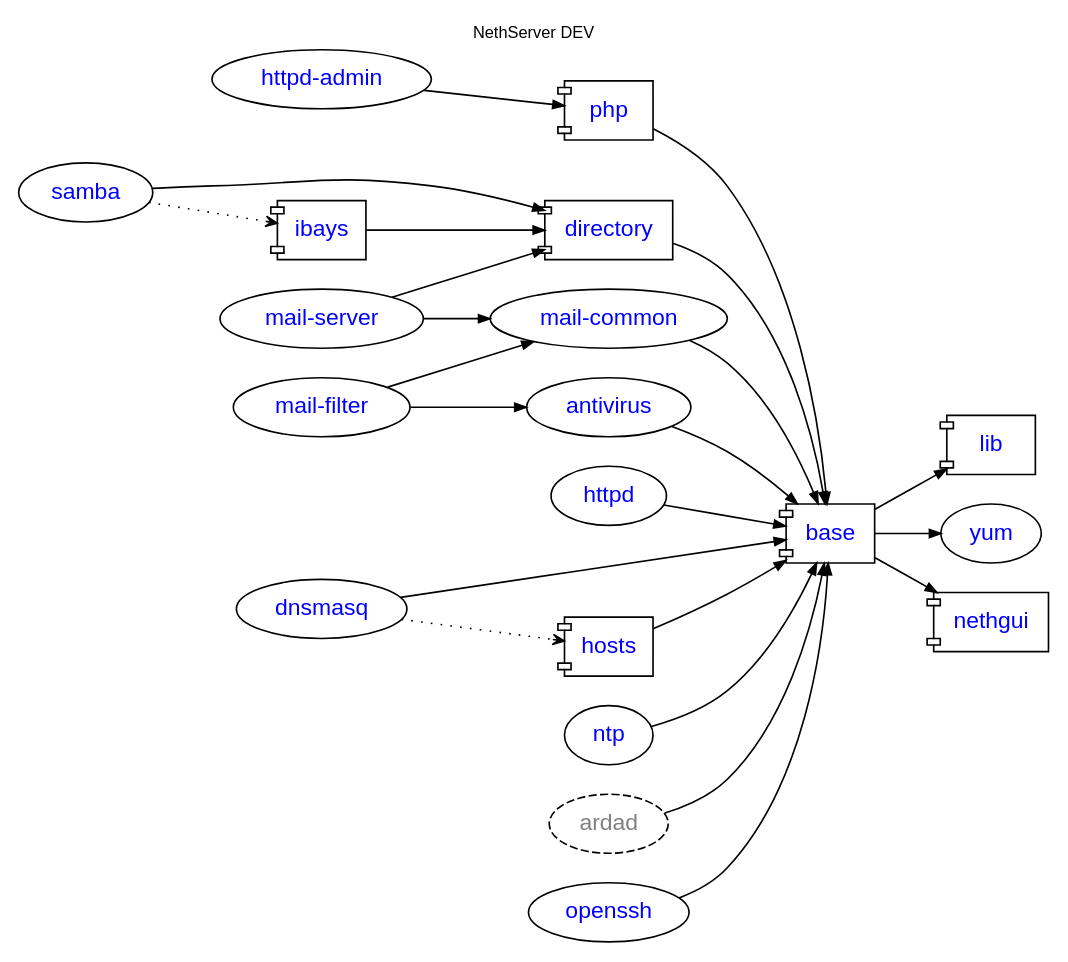
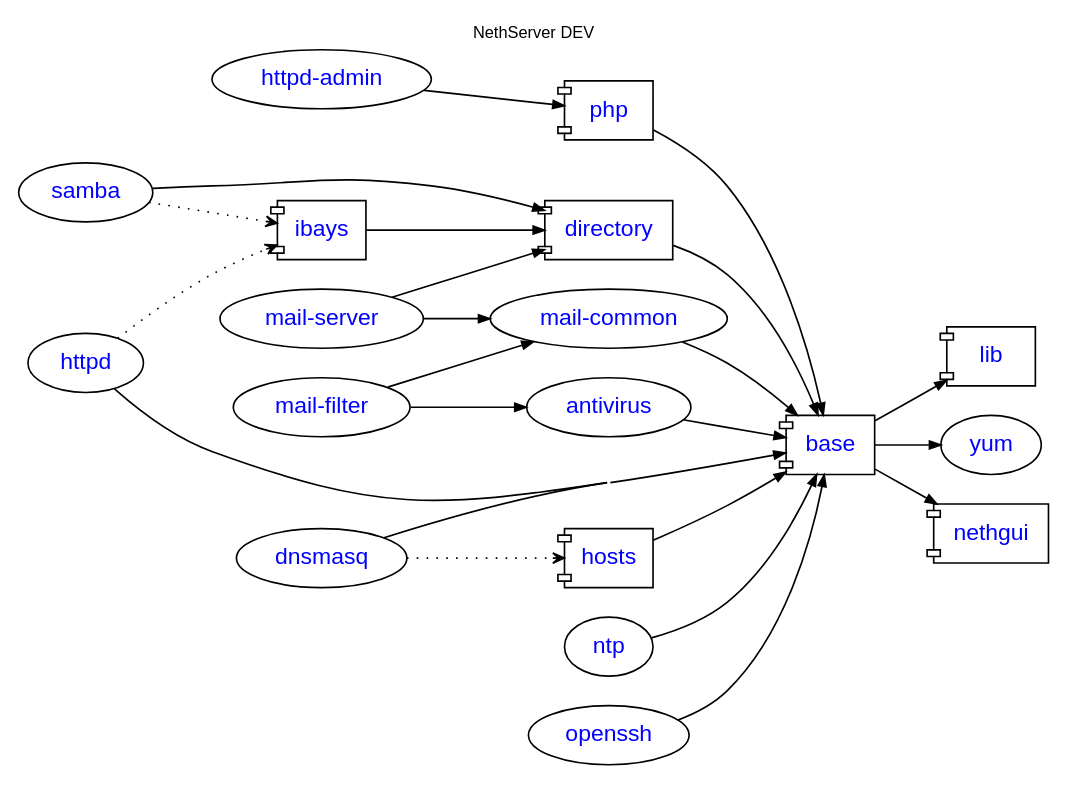
Before and after one commit to nethesis/dev-nethesis-it: the diagram in nethserver/package-dependencies.dot, drawn with Graphviz. The commit also changed 1 other file, not shown here.

```diff
--- a/nethserver/package-dependencies.dot
+++ b/nethserver/package-dependencies.dot
@@ -1,51 +1,50 @@
 digraph DEV {
     rankdir = "LR"; compound = true; concentrate = true; fontname = "Helvetica"; fontnames="svg"; fontsize=10.0; label="NethServer DEV"; labelloc = "t"
 
     node [shape="oval",fontname="Helvetica"];
     edge [arrowsize=0.7];
 
     httpd_admin [fontcolor=blue,label="httpd-admin",URL="http://dev.nethesis.it/projects/nethserver-httpd-admin"];
     base [fontcolor=blue,URL="http://dev.nethesis.it/projects/nethserver-base",shape="component"];
     directory [fontcolor=blue,URL="http://dev.nethesis.it/projects/nethserver-directory",shape="component"];    
     samba [fontcolor=blue,URL="http://dev.nethesis.it/projects/nethserver-samba"];    
     ibays [fontcolor=blue,URL="http://dev.nethesis.it/projects/nethserver-ibays",shape="component"];    
     lib [fontcolor=blue,URL="http://dev.nethesis.it/projects/nethserver-lib",shape="component"];    
     httpd [fontcolor=blue,URL="http://dev.nethesis.it/projects/nethserver-httpd"];    
     hosts [fontcolor=blue,URL="http://dev.nethesis.it/projects/nethserver-hosts",shape="component"];
     php [fontcolor=blue,URL="http://dev.nethesis.it/projects/nethserver-php",shape="component"];
     yum [fontcolor=blue,URL="http://dev.nethesis.it/projects/nethserver-yum"];
     ntp [fontcolor=blue,URL="http://dev.nethesis.it/projects/nethserver-ntp"];
     dnsmasq [fontcolor=blue,URL="http://dev.nethesis.it/projects/nethserver-dnsmasq"];
     mails [label="mail-server",fontcolor=blue,URL="http://dev.nethesis.it/projects/nethserver-mail-server"];
     mailf [label="mail-filter",fontcolor=blue,URL="http://dev.nethesis.it/projects/nethserver-mail-filter"];
     mailc [label="mail-common",fontcolor=blue,URL="http://dev.nethesis.it/projects/nethserver-mail-common"];
-    ardad [fontcolor=gray,style="dashed"];
     nethgui [fontcolor=blue,URL="http://dev.nethesis.it/projects/nethgui",shape="component"];    
     openssh [fontcolor=blue,URL="http://dev.nethesis.it/projects/nethserver-openssh"];
     antivirus [fontcolor=blue,URL="http://dev.nethesis.it/projects/nethserver-antivirus"];
 
                
     base -> lib
     base -> nethgui
     openssh -> base
     directory -> base
     samba -> directory
     ibays -> directory
     httpd -> base
+    httpd -> ibays [style=dotted,arrowhead=vee];
     dnsmasq -> hosts [style=dotted,arrowhead=vee];
     dnsmasq -> base
     hosts -> base
     httpd_admin -> php
     samba -> ibays [style=dotted,arrowhead=vee];
     base -> yum
     ntp -> base
     php -> base
     mails -> directory
     mails -> mailc
     mailf -> mailc
     mailf -> antivirus
     mailc -> base
-    ardad -> base
     antivirus -> base
 
 }
```
